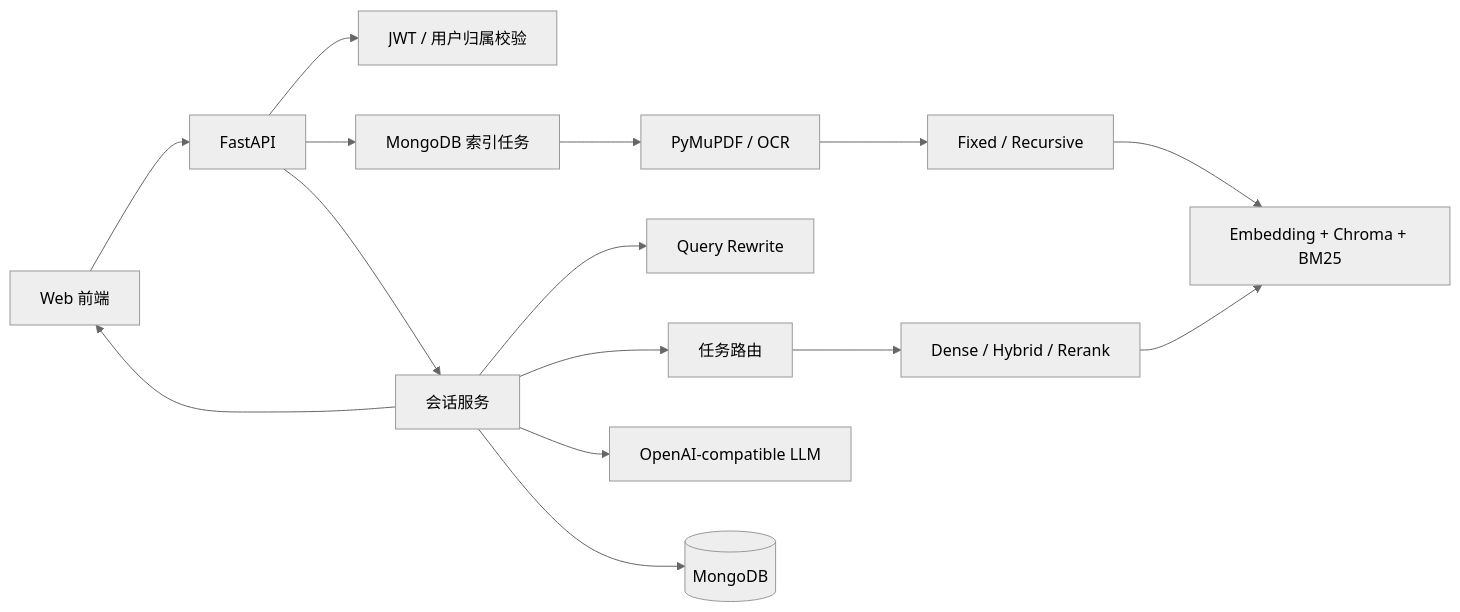
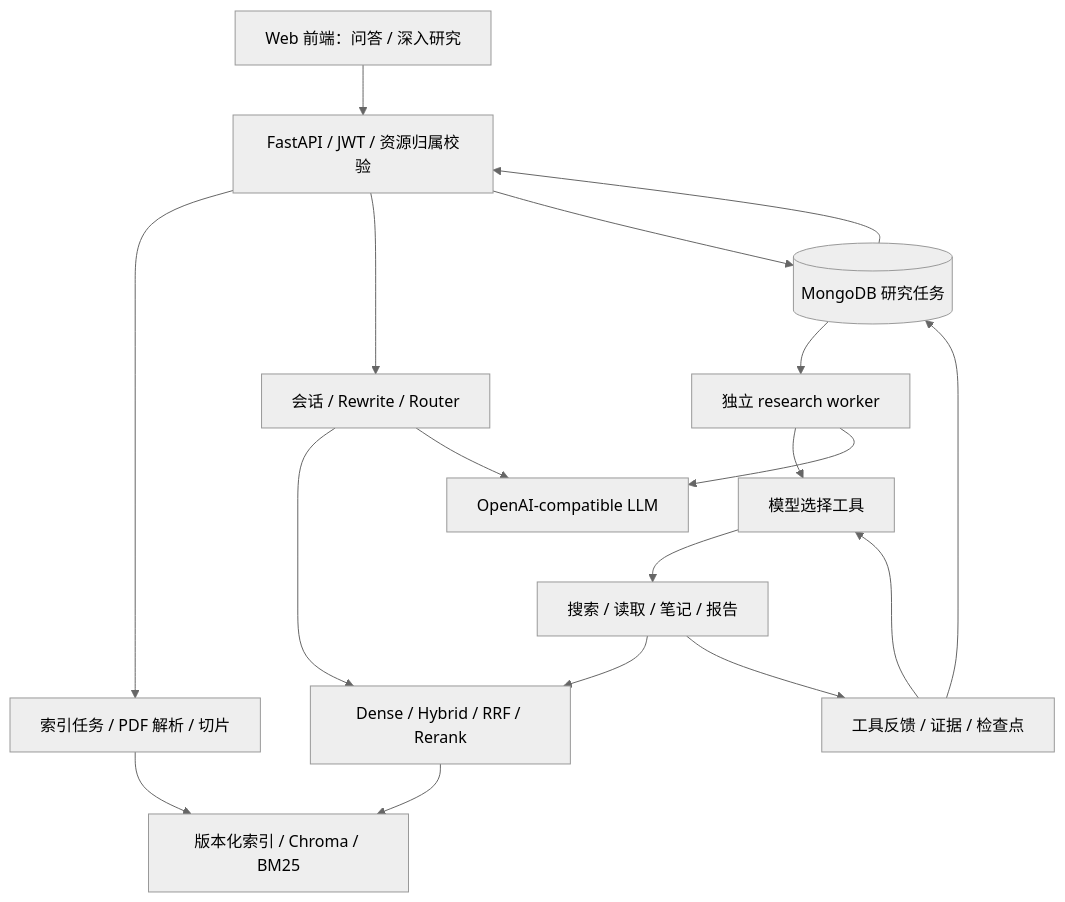
One commit to ljiaming-0218/DocRag changed the diagram in README.md. Above: the diagram before and after it, drawn with Mermaid (neutral theme). The commit also changed other lines of this file, not shown here.

Commit message:
docs: rewrite README for current DocRAG Harness

````diff
--- a/README.md
+++ b/README.md
@@ -126,17 +86,20 @@
 ```mermaid
-flowchart LR
-    UI[Web 前端] --> API[FastAPI]
-    API --> AUTH[JWT / 用户归属校验]
-    API --> JOB[MongoDB 索引任务]
-    JOB --> PARSE[PyMuPDF / OCR]
-    PARSE --> SPLIT[Fixed / Recursive]
-    SPLIT --> INDEX[Embedding + Chroma + BM25]
-    API --> CHAT[会话服务]
-    CHAT --> REWRITE[Query Rewrite]
-    CHAT --> ROUTER[任务路由]
-    ROUTER --> SEARCH[Dense / Hybrid / Rerank]
-    SEARCH --> INDEX
+flowchart TD
+    UI[Web 前端：问答 / 深入研究] --> API[FastAPI / JWT / 资源归属校验]
+    API --> INGEST[索引任务 / PDF 解析 / 切片]
+    INGEST --> INDEX[版本化索引 / Chroma / BM25]
+    API --> CHAT[会话 / Rewrite / Router]
+    CHAT --> RETRIEVE[Dense / Hybrid / RRF / Rerank]
+    RETRIEVE --> INDEX
     CHAT --> LLM[OpenAI-compatible LLM]
-    CHAT --> STORE[(MongoDB)]
-    CHAT --> UI
+    API --> TASK[(MongoDB 研究任务)]
+    TASK --> WORKER[独立 research worker]
+    WORKER --> ACTION[模型选择工具]
+    ACTION --> TOOLS[搜索 / 读取 / 笔记 / 报告]
+    TOOLS --> RETRIEVE
+    TOOLS --> FEEDBACK[工具反馈 / 证据 / 检查点]
+    FEEDBACK --> ACTION
+    FEEDBACK --> TASK
+    WORKER --> LLM
+    TASK --> API
 ```
````
